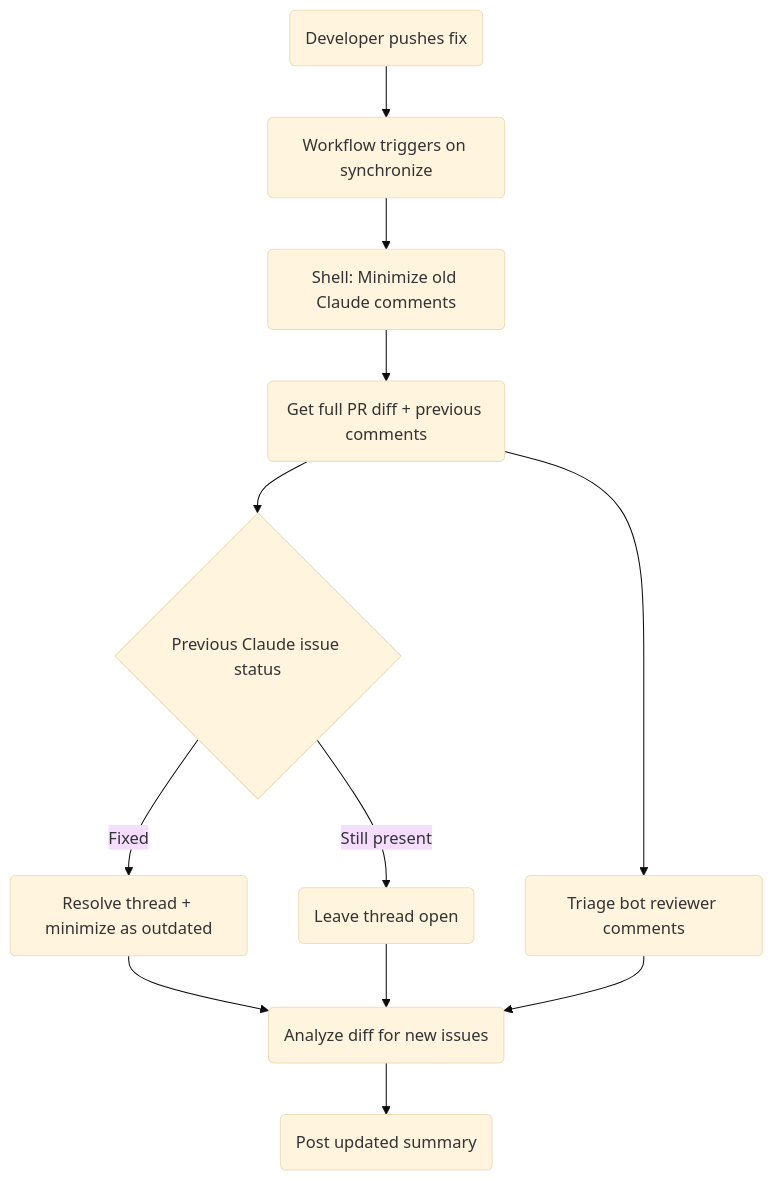
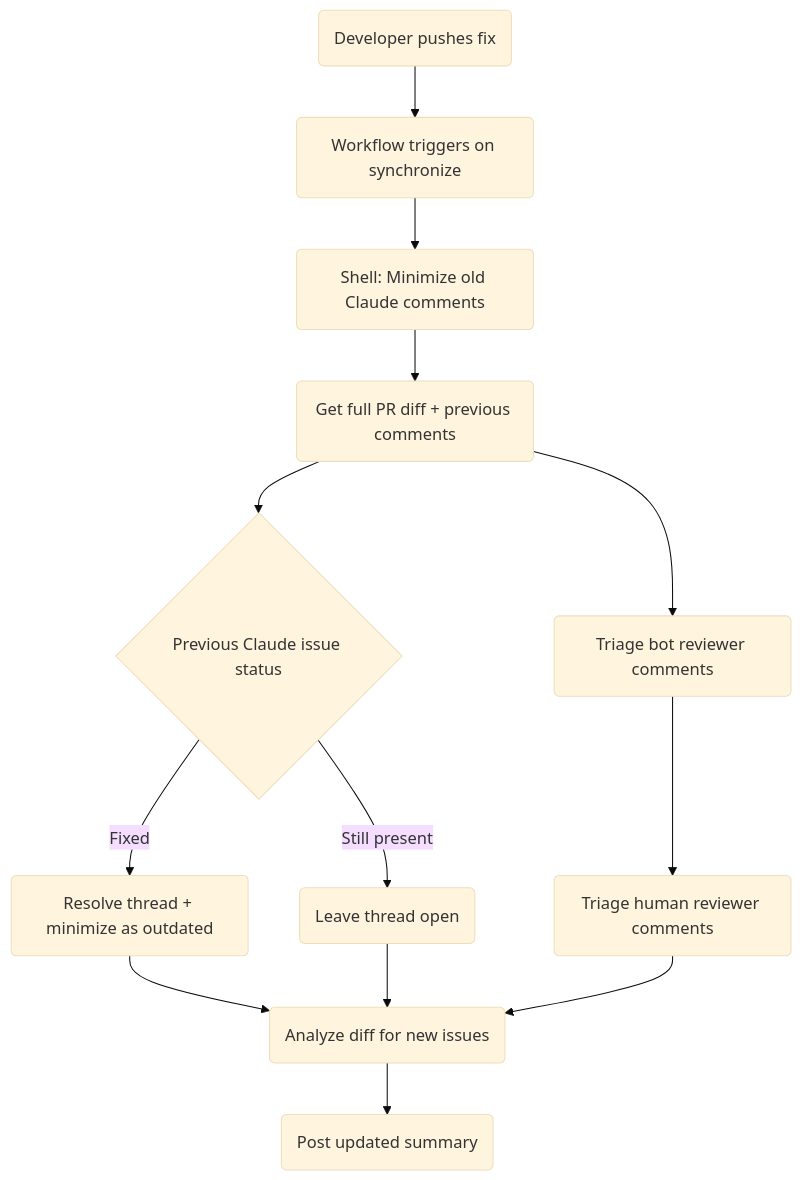
Before and after one commit to SchweizerischeBundesbahnen/github-workflows-polarion: the second of 2 diagrams in docs/claude-code-review.md, drawn with Mermaid (base theme). The commit also changed other lines of this file and 2 other files, not shown here.

First line of the commit message:
feat: triage human reviewer comments in Claude Code Review (#47)

````diff
--- a/docs/claude-code-review.md
+++ b/docs/claude-code-review.md
@@ -160,14 +180,15 @@
 ```mermaid
 flowchart TD
   A(Developer pushes fix) --> B(Workflow triggers on synchronize)
   B --> C(Shell: Minimize old Claude comments)
   C --> D(Get full PR diff + previous comments)
   D --> E{Previous Claude issue status}
   E -->|Fixed| F(Resolve thread + minimize as outdated)
   E -->|Still present| G(Leave thread open)
   D --> H(Triage bot reviewer comments)
+  H --> L(Triage human reviewer comments)
   F --> I(Analyze diff for new issues)
   G --> I
-  H --> I
+  L --> I
   I --> J(Post updated summary)
 ```
````
